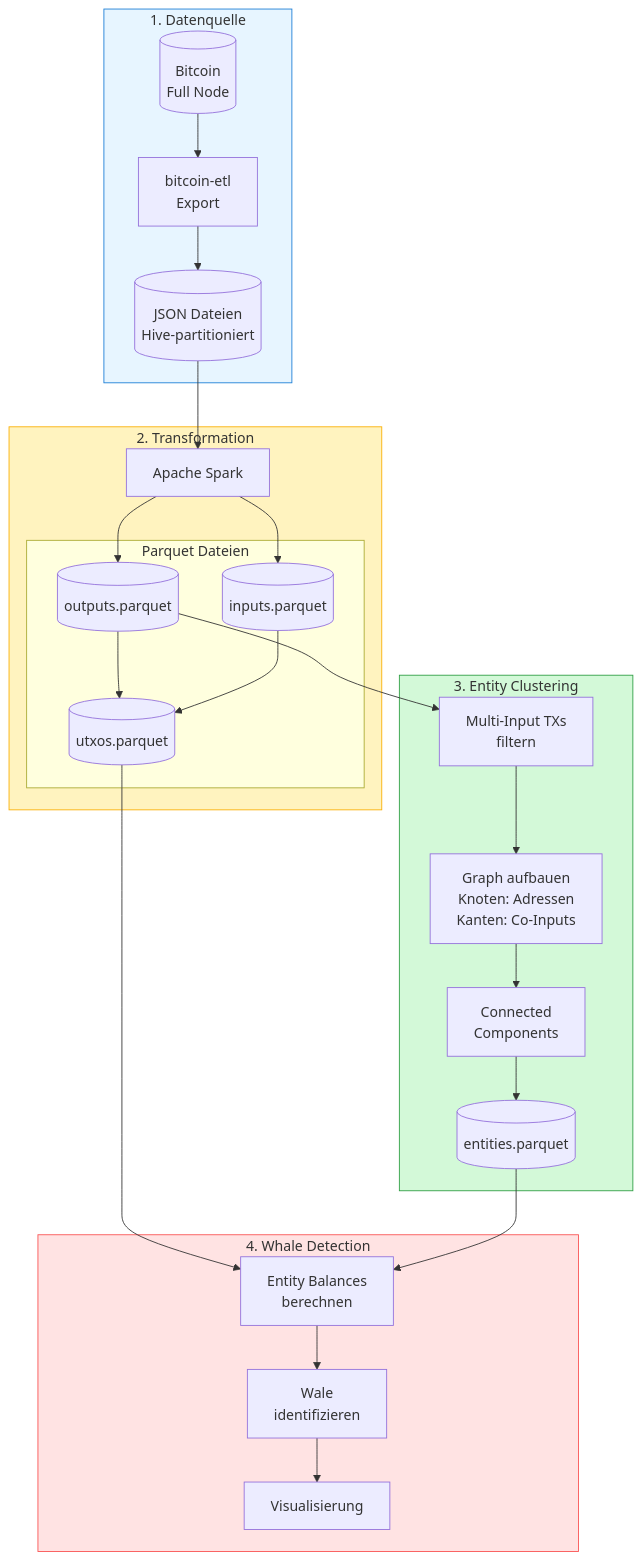
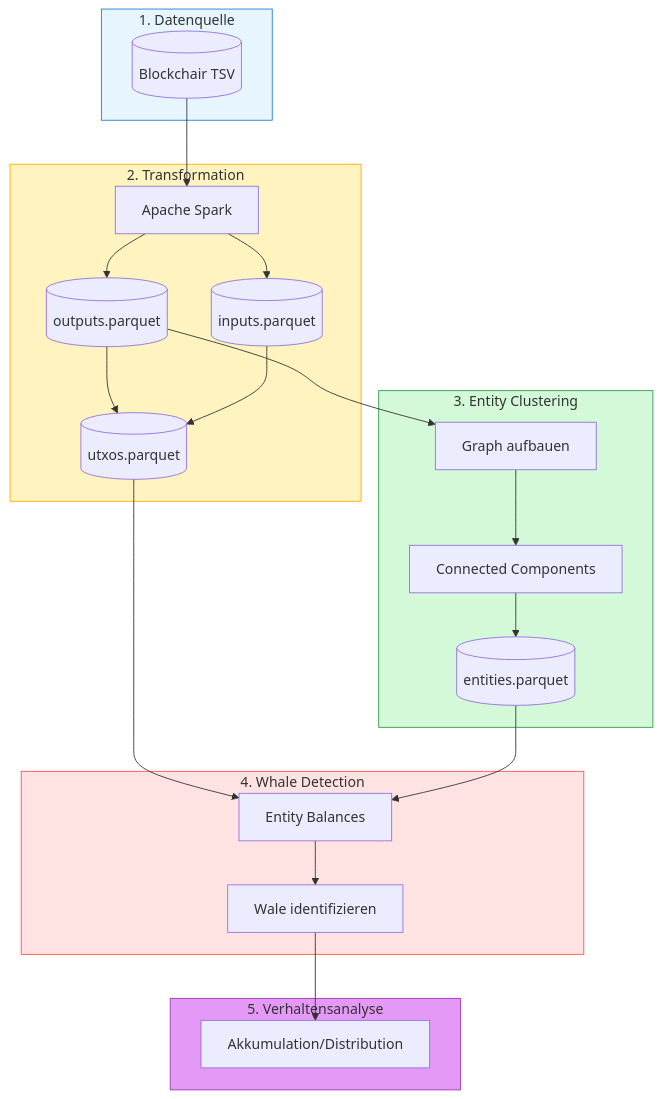
One commit to RomanRnlt/bitcoin-whale-intelligence changed the fourth of 6 diagrams in docs/SIMPLE_EXPLANATION.md. Above: the diagram before and after it, drawn with Mermaid. The commit also changed other lines of this file and 4 other files, not shown here.

````diff
--- a/docs/SIMPLE_EXPLANATION.md
+++ b/docs/SIMPLE_EXPLANATION.md
@@ -276,46 +129,38 @@
 ```mermaid
 flowchart TB
     subgraph input["1. Datenquelle"]
-        BTC[("Bitcoin<br/>Full Node")]
-        ETL["bitcoin-etl<br/>Export"]
-        JSON[("JSON Dateien<br/>Hive-partitioniert")]
-
-        BTC --> ETL --> JSON
+        JSON[("Blockchair TSV")]
     end
 
     subgraph transform["2. Transformation"]
         SPARK["Apache Spark"]
-        JSON --> SPARK
-
-        subgraph parquet["Parquet Dateien"]
-            OUT[("outputs.parquet")]
-            INP[("inputs.parquet")]
-            UTXO[("utxos.parquet")]
-        end
-
-        SPARK --> OUT & INP
-        OUT & INP --> UTXO
+        OUT[("outputs.parquet")]
+        INP[("inputs.parquet")]
+        UTXO[("utxos.parquet")]
     end
 
     subgraph cluster["3. Entity Clustering"]
-        MULTI["Multi-Input TXs<br/>filtern"]
-        GRAPH["Graph aufbauen<br/>Knoten: Adressen<br/>Kanten: Co-Inputs"]
-        CC["Connected<br/>Components"]
+        GRAPH["Graph aufbauen"]
+        CC["Connected Components"]
         ENT[("entities.parquet")]
-
-        OUT --> MULTI --> GRAPH --> CC --> ENT
     end
 
     subgraph analysis["4. Whale Detection"]
-        BAL["Entity Balances<br/>berechnen"]
-        WHALE["Wale<br/>identifizieren"]
-        VIS["Visualisierung"]
+        BAL["Entity Balances"]
+        WHALE["Wale identifizieren"]
+    end
 
-        UTXO & ENT --> BAL --> WHALE --> VIS
+    subgraph behavior["5. Verhaltensanalyse"]
+        ACC["Akkumulation/Distribution"]
     end
+
+    JSON --> SPARK --> OUT & INP --> UTXO
+    OUT --> GRAPH --> CC --> ENT
+    UTXO & ENT --> BAL --> WHALE --> ACC
 
     style input fill:#e7f5ff,stroke:#1c7ed6
     style transform fill:#fff3bf,stroke:#fab005
     style cluster fill:#d3f9d8,stroke:#2f9e44
     style analysis fill:#ffe3e3,stroke:#fa5252
+    style behavior fill:#e599f7,stroke:#9c36b5
 ```
````
